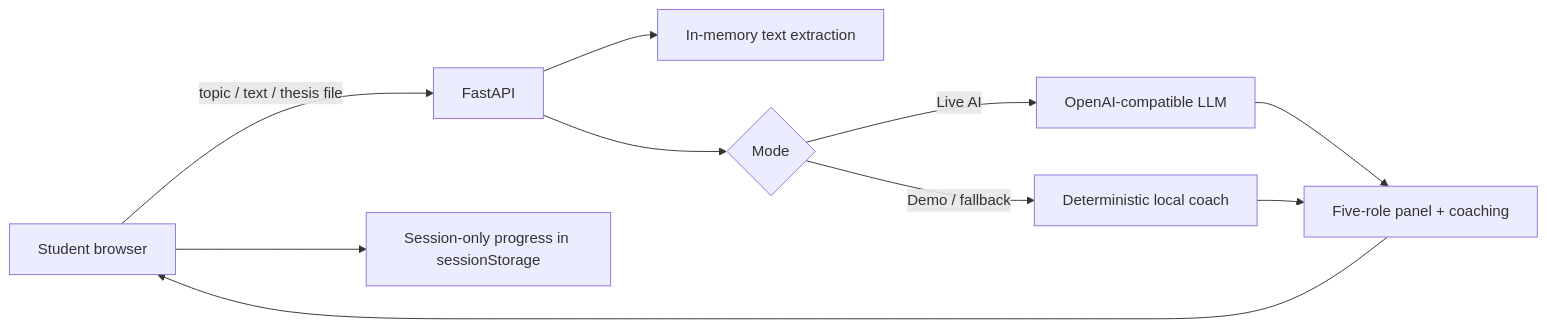
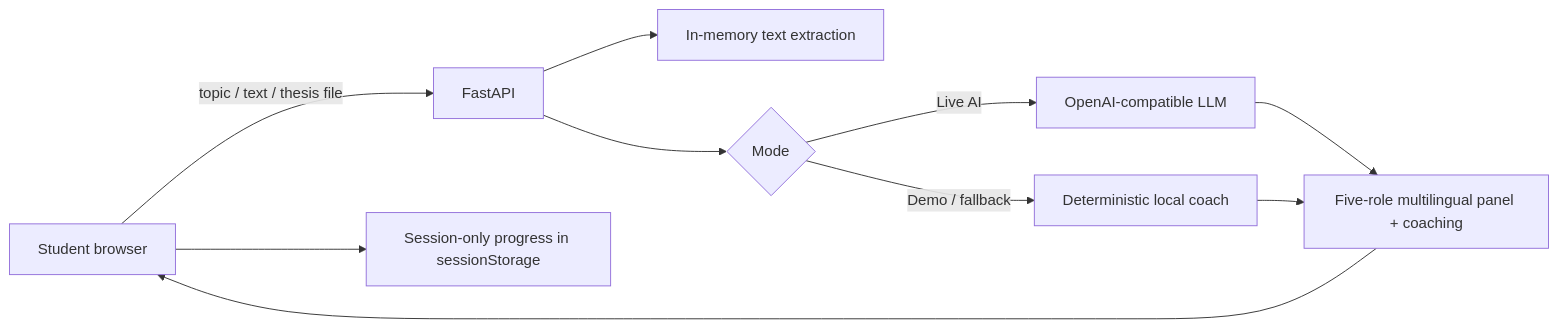
One commit to voityvaity/tngimpact-final-defence-coach changed the diagram in README.md. Above: the diagram before and after it, drawn with Mermaid. The commit also changed other lines of this file, not shown here.

Commit message:
Document multilingual African design system

````diff
--- a/README.md
+++ b/README.md
@@ -74,12 +95,12 @@
 ```mermaid
 flowchart LR
     U[Student browser] -->|topic / text / thesis file| F[FastAPI]
     F --> X[In-memory text extraction]
     F --> M{Mode}
     M -->|Live AI| L[OpenAI-compatible LLM]
     M -->|Demo / fallback| D[Deterministic local coach]
-    L --> P[Five-role panel + coaching]
+    L --> P[Five-role multilingual panel + coaching]
     D --> P
     P --> U
     U --> S[Session-only progress in sessionStorage]
 ```
````
